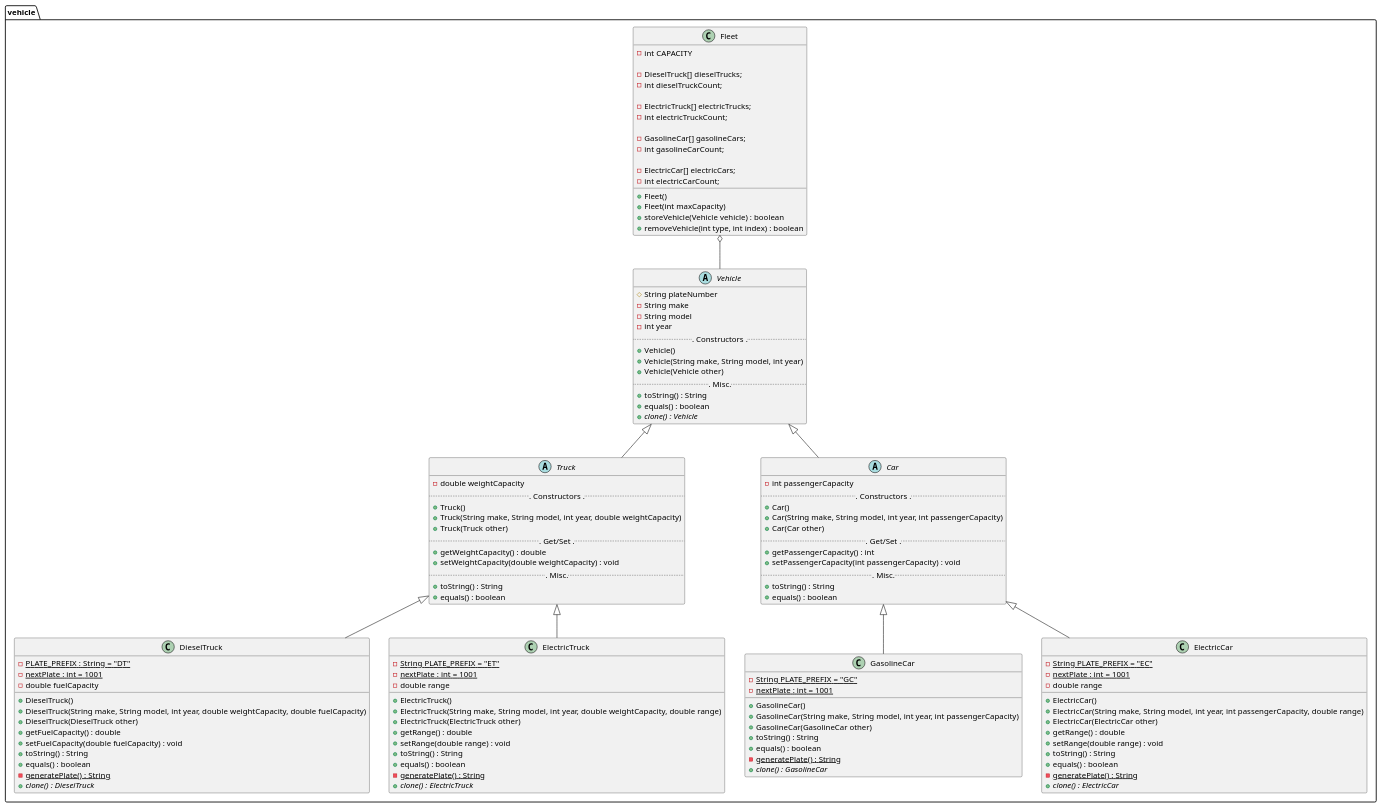
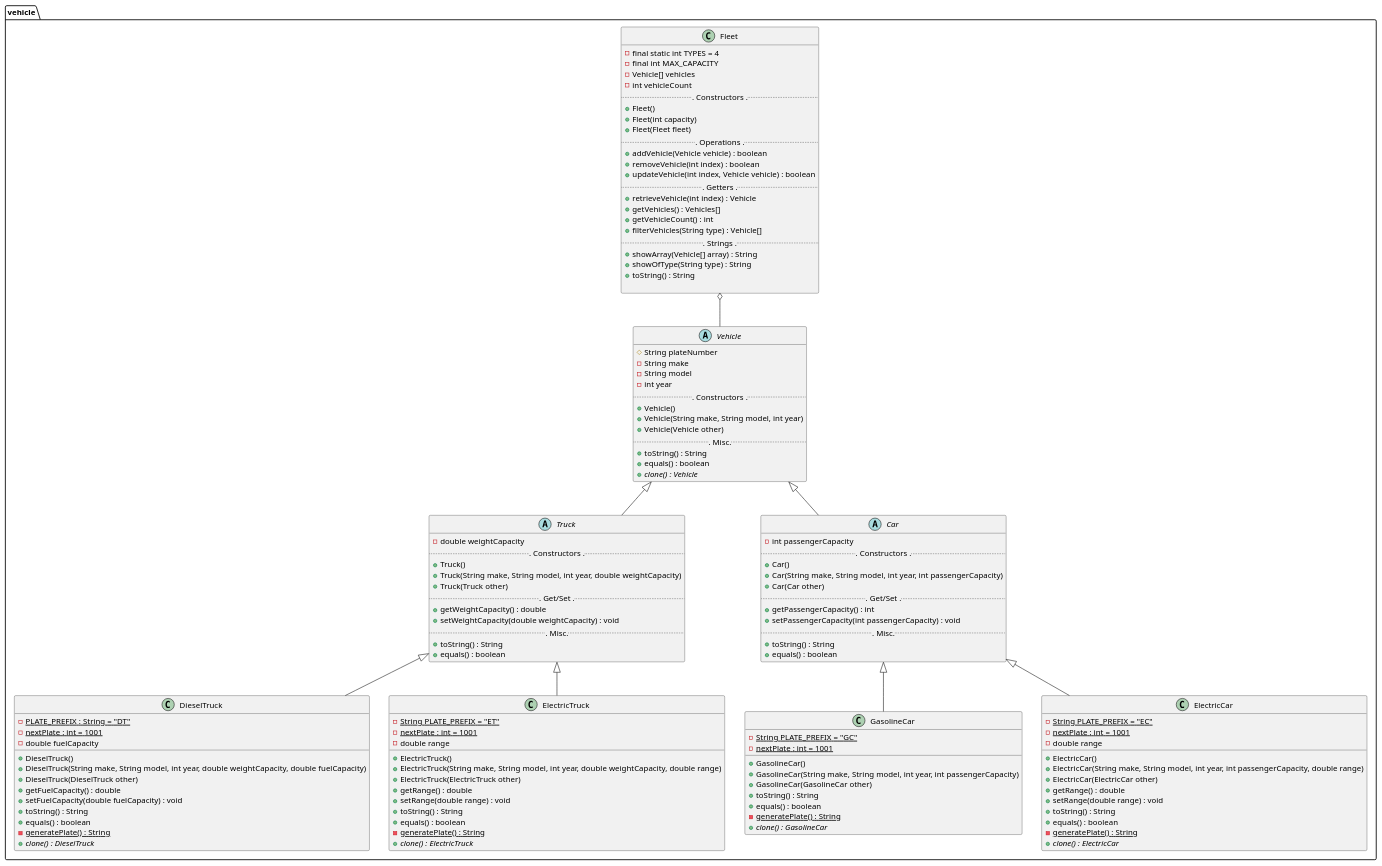
Before and after one commit to leoshussian/vehicle-rental-manager: the diagram in src/UML.puml, drawn with PlantUML. The commit also changed 11 other files, not shown here.

```diff
--- a/src/UML.puml
+++ b/src/UML.puml
@@ -1,143 +1,146 @@
 @startuml
 'TODO Finish UML'
 'TODO Check preferred syntax'
 
 'https://plantuml.com/class-diagram
 'skinparam classAttributeIconSize 0
 
 
 
 package vehicle {
 abstract class Vehicle{
         # String plateNumber
 '        TODO make up mind on plate implementation
         - String make
         - String model
         - int year
         ... Constructors ...
         + Vehicle()
         + Vehicle(String make, String model, int year)
         + Vehicle(Vehicle other)
         'TODO Check if I need setters, getters'
         ... Misc...
         + toString() : String
         + equals() : boolean
         + {abstract} clone() : Vehicle
 }
 
 abstract class Truck {
     - double weightCapacity
     ... Constructors ...
     + Truck()
     + Truck(String make, String model, int year, double weightCapacity)
     + Truck(Truck other)
     ... Get/Set ...
     + getWeightCapacity() : double
     + setWeightCapacity(double weightCapacity) : void
     ... Misc...
     + toString() : String
     + equals() : boolean
 }
 abstract class Car {
     - int passengerCapacity
     ... Constructors ...
     + Car()
     + Car(String make, String model, int year, int passengerCapacity)
     + Car(Car other)
     ... Get/Set ...
     + getPassengerCapacity() : int
     + setPassengerCapacity(int passengerCapacity) : void
     ... Misc...
     + toString() : String
     + equals() : boolean
 }
 
 class DieselTruck {
     - PLATE_PREFIX : {static} String = "DT"
     - nextPlate : {static} int = 1001
     - double fuelCapacity
     + DieselTruck()
     + DieselTruck(String make, String model, int year, double weightCapacity, double fuelCapacity)
     + DieselTruck(DieselTruck other)
     + getFuelCapacity() : double
     + setFuelCapacity(double fuelCapacity) : void
     + toString() : String
     + equals() : boolean
     - {static} generatePlate() : String
     + {abstract} clone() : DieselTruck
 }
 class ElectricTruck{
     - {static} String PLATE_PREFIX = "ET"
     - nextPlate : {static} int = 1001
     - double range
     + ElectricTruck()
     + ElectricTruck(String make, String model, int year, double weightCapacity, double range)
     + ElectricTruck(ElectricTruck other)
     + getRange() : double
     + setRange(double range) : void
     + toString() : String
     + equals() : boolean
     - {static} generatePlate() : String
     + {abstract} clone() : ElectricTruck
 
 }
 class GasolineCar {
     - {static} String PLATE_PREFIX = "GC"
     - nextPlate : {static} int = 1001
     + GasolineCar()
     + GasolineCar(String make, String model, int year, int passengerCapacity)
     + GasolineCar(GasolineCar other)
     + toString() : String
     + equals() : boolean
     - {static} generatePlate() : String
     + {abstract} clone() : GasolineCar
 }
 class ElectricCar {
     - {static} String PLATE_PREFIX = "EC"
     - nextPlate : {static} int = 1001
     - double range
     + ElectricCar()
     + ElectricCar(String make, String model, int year, int passengerCapacity, double range)
     + ElectricCar(ElectricCar other)
     + getRange() : double
     + setRange(double range) : void
     + toString() : String
     + equals() : boolean
     - {static} generatePlate() : String
     + {abstract} clone() : ElectricCar
 }
 
 Vehicle <|-- Truck
 Vehicle <|-- Car
 Truck <|-- DieselTruck
 Truck <|-- ElectricTruck
 Car <|-- ElectricCar
 Car <|-- GasolineCar
 
 class Fleet {
-    - int CAPACITY
-
-    - DieselTruck[] dieselTrucks;
-    - int dieselTruckCount;
-
-    - ElectricTruck[] electricTrucks;
-    - int electricTruckCount;
-
-    - GasolineCar[] gasolineCars;
-    - int gasolineCarCount;
-
-    - ElectricCar[] electricCars;
-    - int electricCarCount;
-
+    - final static int TYPES = 4
+    - final int MAX_CAPACITY
+    - Vehicle[] vehicles
+    - int vehicleCount
+    ... Constructors ...
     + Fleet()
-    + Fleet(int maxCapacity)
-    + storeVehicle(Vehicle vehicle) : boolean
-    + removeVehicle(int type, int index) : boolean
+    + Fleet(int capacity)
+    + Fleet(Fleet fleet)
+    ... Operations ...
+    + addVehicle(Vehicle vehicle) : boolean
+    + removeVehicle(int index) : boolean
+    + updateVehicle(int index, Vehicle vehicle) : boolean
+    ... Getters ...
+    + retrieveVehicle(int index) : Vehicle
+    + getVehicles() : Vehicles[]
+    + getVehicleCount() : int
+    + filterVehicles(String type) : Vehicle[]
+    ... Strings ...
+    + showArray(Vehicle[] array) : String
+    + showOfType(String type) : String
+    + toString() : String
 
 }
 
 Fleet o-- Vehicle
 }
 
 
 @enduml
```
